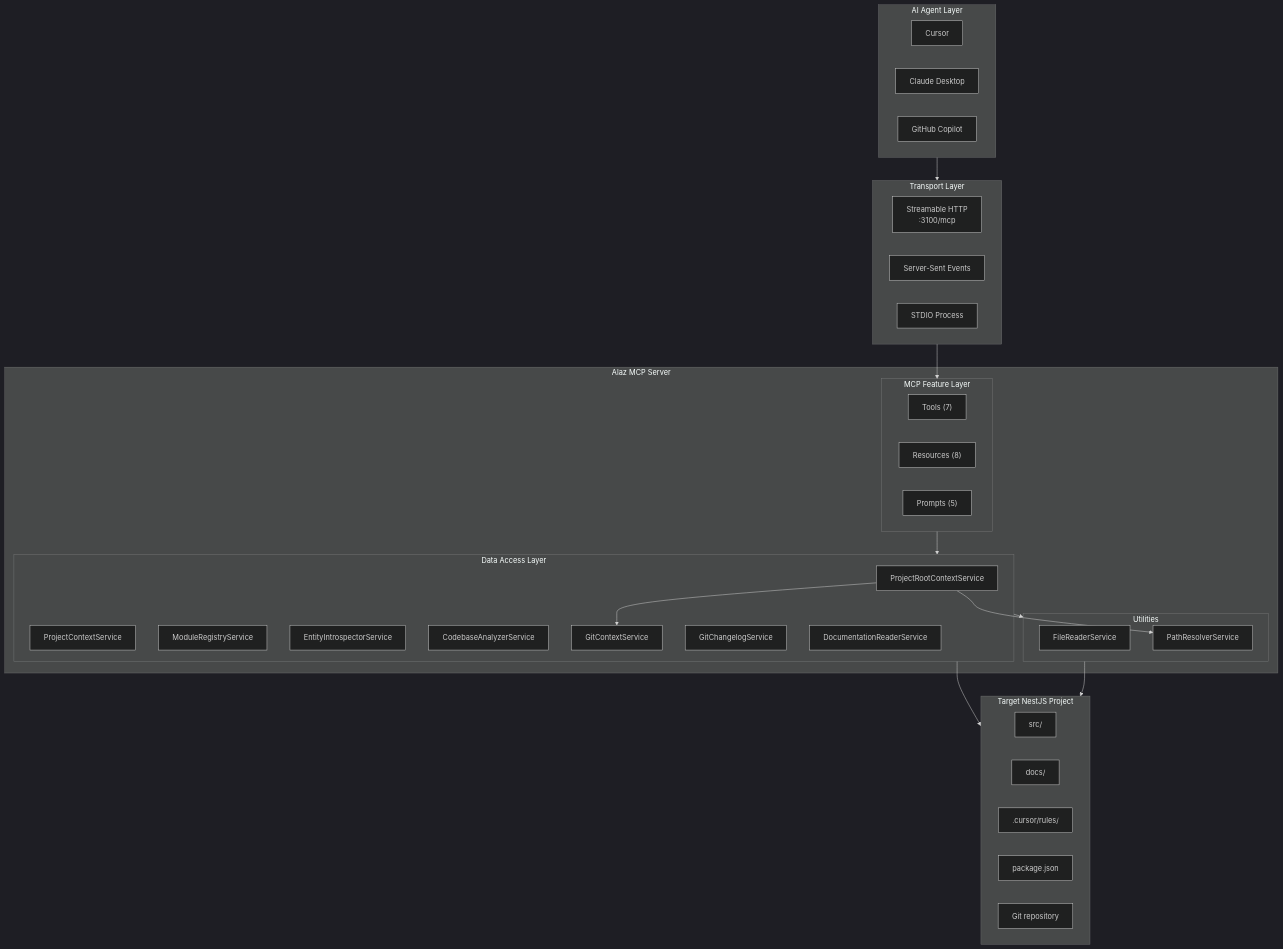
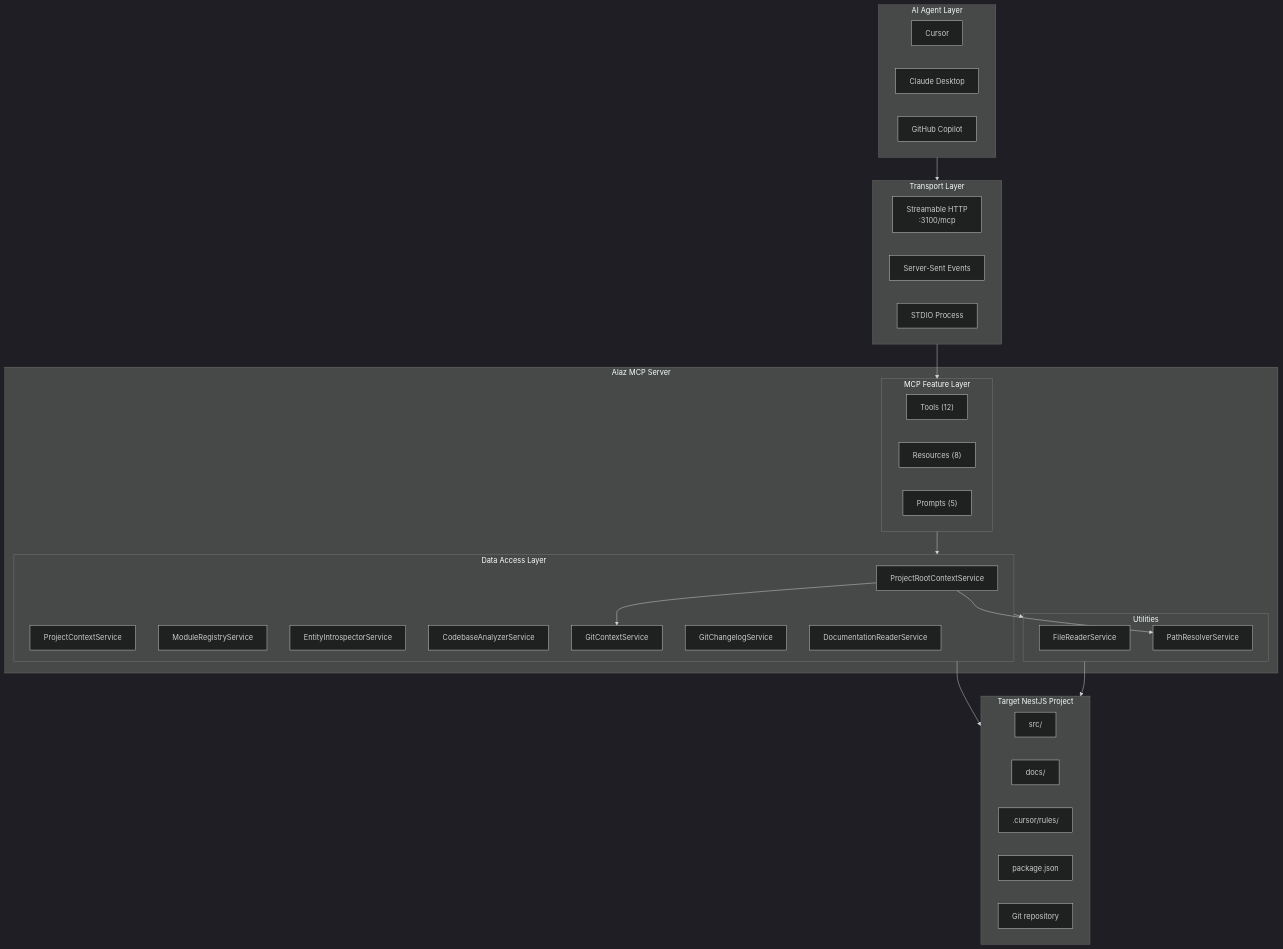
Before and after one commit to hbarbosa02/alaz-mcp-nestjs: the first of 12 diagrams in docs/MCP-FLOWS-AND-ARCHITECTURE.md, drawn with Mermaid (dark theme). The commit also changed other lines of this file and 2 other files, not shown here.

Commit message:
docs: update MCP architecture, server, and setup for prompt-as-tool tools

````diff
--- a/docs/MCP-FLOWS-AND-ARCHITECTURE.md
+++ b/docs/MCP-FLOWS-AND-ARCHITECTURE.md
@@ -9,55 +9,55 @@
 ```mermaid
 flowchart TB
     subgraph Client["AI Agent Layer"]
         Cursor["Cursor"]
         Claude["Claude Desktop"]
         Copilot["GitHub Copilot"]
     end
 
     subgraph Transport["Transport Layer"]
         HTTP["Streamable HTTP<br/>:3100/mcp"]
         SSE["Server-Sent Events"]
         STDIO["STDIO Process"]
     end
 
     subgraph MCP["Alaz MCP Server"]
         subgraph Feature["MCP Feature Layer"]
-            Tools["Tools (7)"]
+            Tools["Tools (12)"]
             Resources["Resources (8)"]
             Prompts["Prompts (5)"]
         end
 
         subgraph DataAccess["Data Access Layer"]
             ProjectRootContext["ProjectRootContextService"]
             ProjectContext["ProjectContextService"]
             ModuleRegistry["ModuleRegistryService"]
             EntityIntrospector["EntityIntrospectorService"]
             CodebaseAnalyzer["CodebaseAnalyzerService"]
             GitContext["GitContextService"]
             GitChangelog["GitChangelogService"]
             DocReader["DocumentationReaderService"]
         end
 
         subgraph Util["Utilities"]
             FileReader["FileReaderService"]
             PathResolver["PathResolverService"]
         end
     end
 
     subgraph Target["Target NestJS Project"]
         Src["src/"]
         Docs["docs/"]
         CursorRules[".cursor/rules/"]
         Pkg["package.json"]
         Git["Git repository"]
     end
 
     Client --> Transport
     Transport --> Feature
     Feature --> DataAccess
     DataAccess --> Util
     DataAccess --> Target
     Util --> Target
     ProjectRootContext --> PathResolver
     ProjectRootContext --> GitContext
 ```
````
